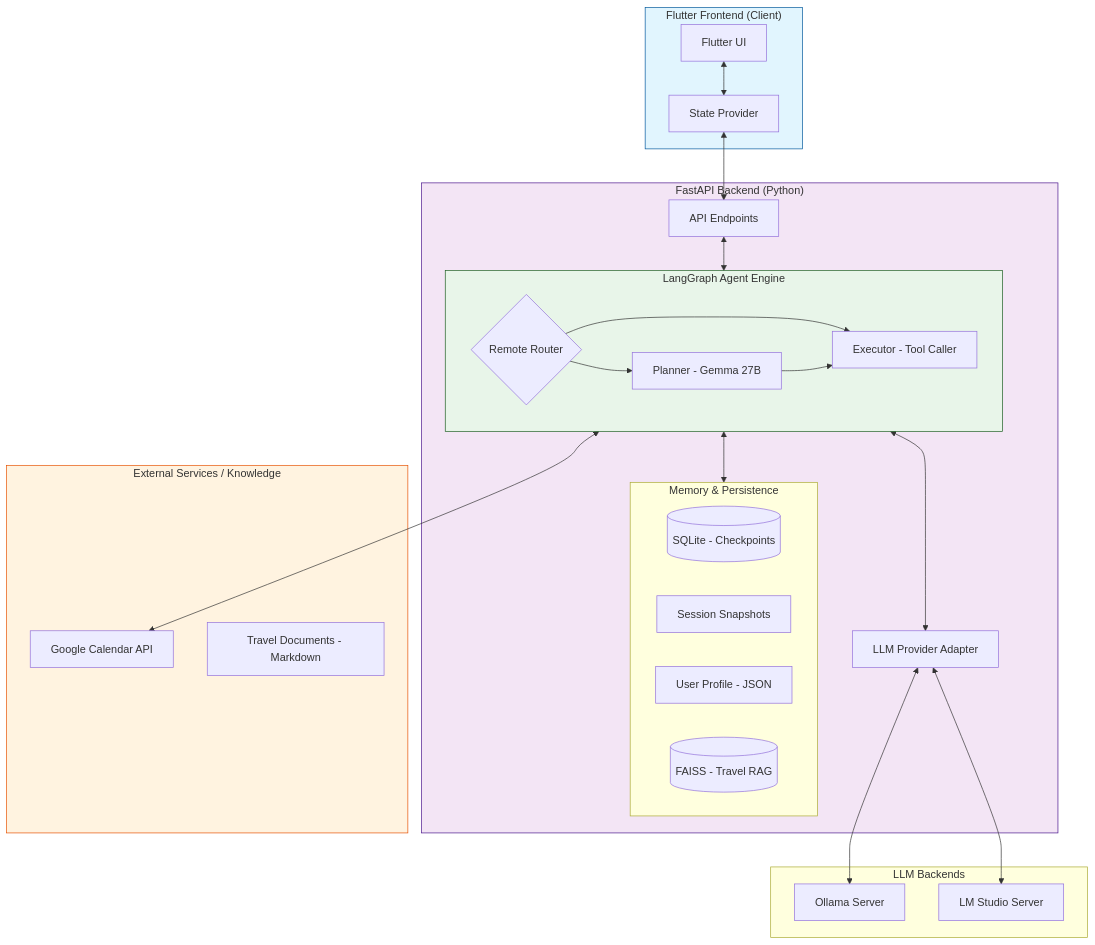
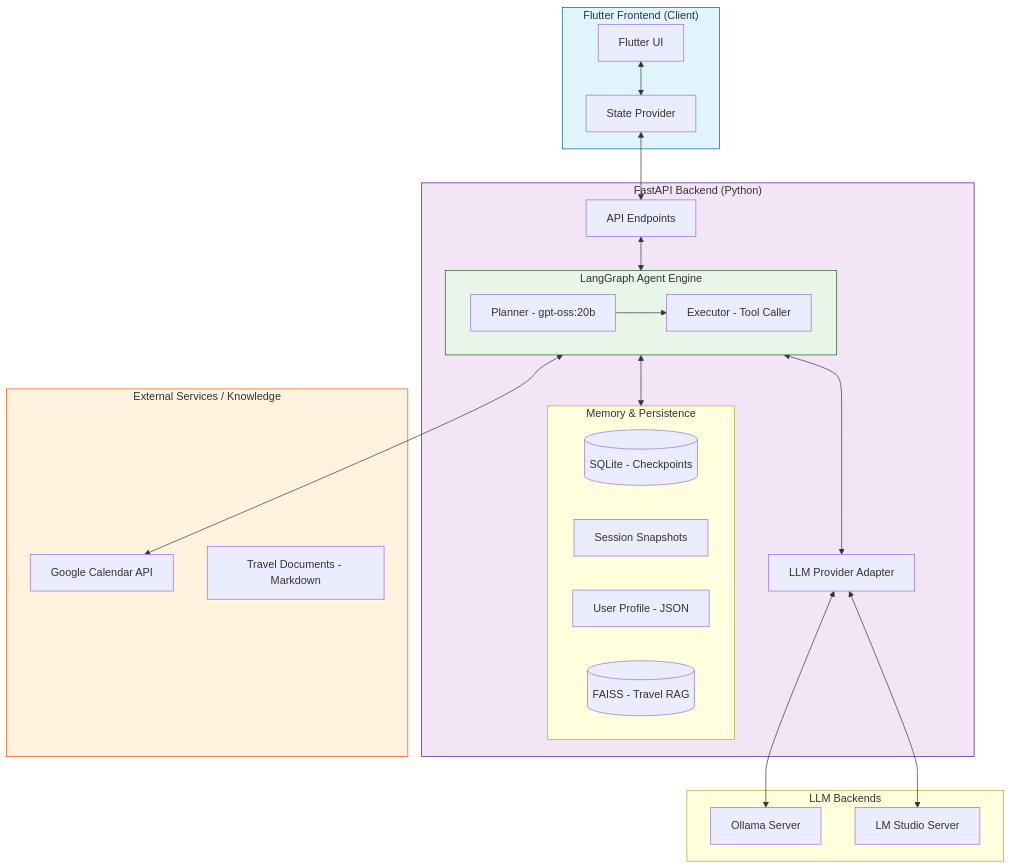
The diagram in README.md (kc9302/AI_Assistant), drawn with Mermaid before and after one commit. The commit also changed other lines of this file and 12 other files, not shown here.

Commit message:
feat: Implement core AI assistant architecture with routing, planning, calendar, and travel tools, and Ollama LLM integration.

````diff
--- a/README.md
+++ b/README.md
@@ -26,53 +26,50 @@
 ```mermaid
 graph TB
     subgraph Client ["Flutter Frontend (Client)"]
         UI["Flutter UI"]
         Prov["State Provider"]
         UI <--> Prov
     end
 
     subgraph Backend ["FastAPI Backend (Python)"]
         API["API Endpoints"]
         LLMProvider["LLM Provider Adapter"]
         
         subgraph Agent ["LangGraph Agent Engine"]
-            Router{Remote Router}
-            Planner["Planner - Gemma 27B"]
+            Planner["Planner - gpt-oss:20b"]
             Executor["Executor - Tool Caller"]
-            Router --> Planner
-            Router --> Executor
             Planner --> Executor
         end
         
         subgraph Storage ["Memory & Persistence"]
             DB[("SQLite - Checkpoints")]
             Sess["Session Snapshots"]
             Profile["User Profile - JSON"]
             VectorDB[("FAISS - Travel RAG")]
         end
 
         API <--> Agent
         Agent <--> LLMProvider
         Agent <--> Storage
     end
 
     subgraph LLMInfra ["LLM Backends"]
         Ollama["Ollama Server"]
         LMStudio["LM Studio Server"]
     end
 
     subgraph Infrastructure ["External Services / Knowledge"]
         GCal["Google Calendar API"]
         Docs["Travel Documents - Markdown"]
     end
 
     Prov <--> API
     LLMProvider <--> Ollama
     LLMProvider <--> LMStudio
     Agent <--> GCal
 
     style Client fill:#e1f5fe,stroke:#01579b
     style Backend fill:#f3e5f5,stroke:#4a148c
     style Infrastructure fill:#fff3e0,stroke:#e65100
     style Agent fill:#e8f5e9,stroke:#1b5e20
 ```
````
